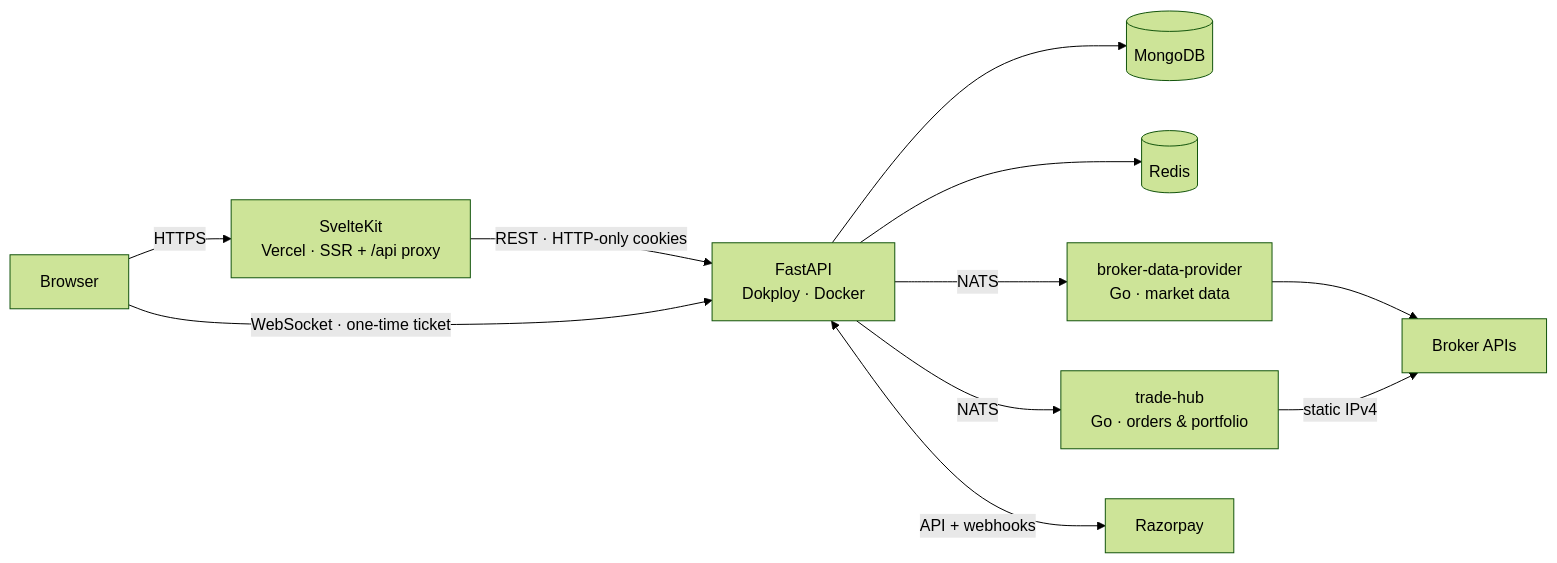
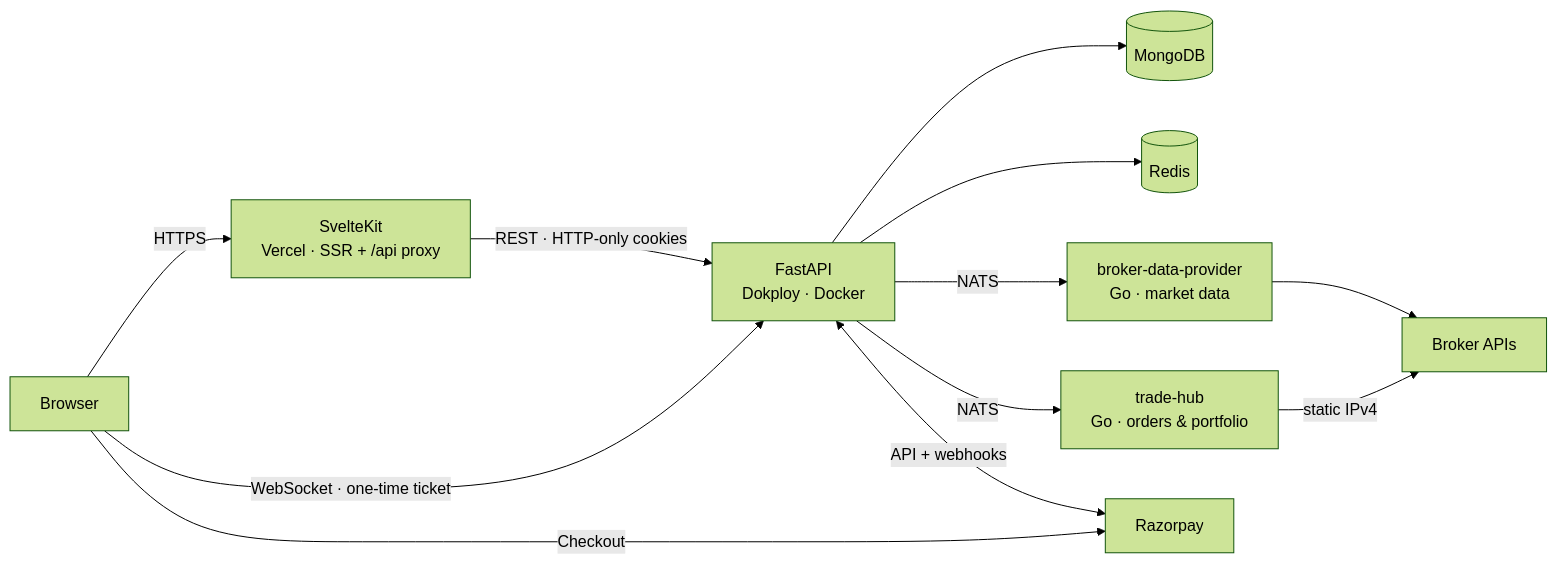
The diagram in README.md (Deepak-GitHub1474/svakosh), drawn with Mermaid (forest theme) before and after one commit. The commit also changed other lines of this file, not shown here.

````diff
--- a/README.md
+++ b/README.md
@@ -30,13 +30,14 @@
 ```mermaid
 graph LR
     B["Browser"] -->|"HTTPS"| FE["SvelteKit<br/>Vercel · SSR + /api proxy"]
     FE -->|"REST · HTTP-only cookies"| API["FastAPI<br/>Dokploy · Docker"]
     B -->|"WebSocket · one-time ticket"| API
     API --> M[("MongoDB")]
     API --> R[("Redis")]
     API -->|"NATS"| BDP["broker-data-provider<br/>Go · market data"]
     API -->|"NATS"| TH["trade-hub<br/>Go · orders & portfolio"]
     BDP --> BRK["Broker APIs"]
     TH -->|"static IPv4"| BRK
     API <-->|"API + webhooks"| RZP["Razorpay"]
+    B -->|"Checkout"| RZP
 ```
````
